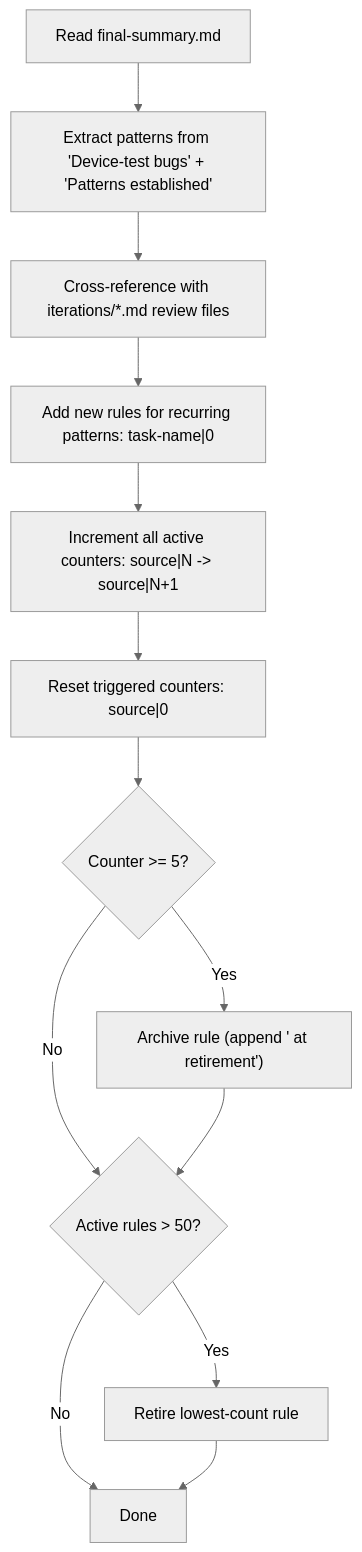
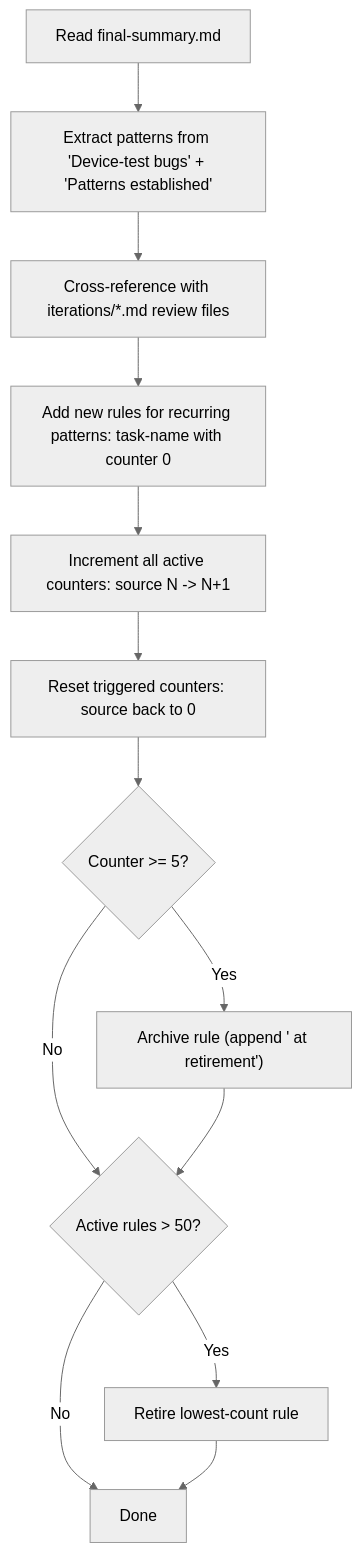
Before and after one commit to Nayeem170/KoThok: the seventh of 9 diagrams in docs/AGENTIC_PIPELINE.md, drawn with Mermaid (neutral theme). The commit also changed other lines of this file, not shown here.

````diff
--- a/docs/AGENTIC_PIPELINE.md
+++ b/docs/AGENTIC_PIPELINE.md
@@ -311,15 +419,15 @@
 ```mermaid
 flowchart TD
     A["Read final-summary.md"] --> B["Extract patterns from 'Device-test bugs' + 'Patterns established'"]
     B --> C["Cross-reference with iterations/*.md review files"]
-    C --> D["Add new rules for recurring patterns: task-name|0"]
-    D --> E["Increment all active counters: source|N -> source|N+1"]
-    E --> F["Reset triggered counters: source|0"]
+    C --> D["Add new rules for recurring patterns: task-name with counter 0"]
+    D --> E["Increment all active counters: source N -> N+1"]
+    E --> F["Reset triggered counters: source back to 0"]
     F --> G{"Counter >= 5?"}
     G -- Yes --> H["Archive rule (append ' at retirement')"]
     G -- No --> I{"Active rules > 50?"}
     I -- Yes --> J["Retire lowest-count rule"]
     I -- No --> DONE["Done"]
     H --> I
     J --> DONE
 ```
````
